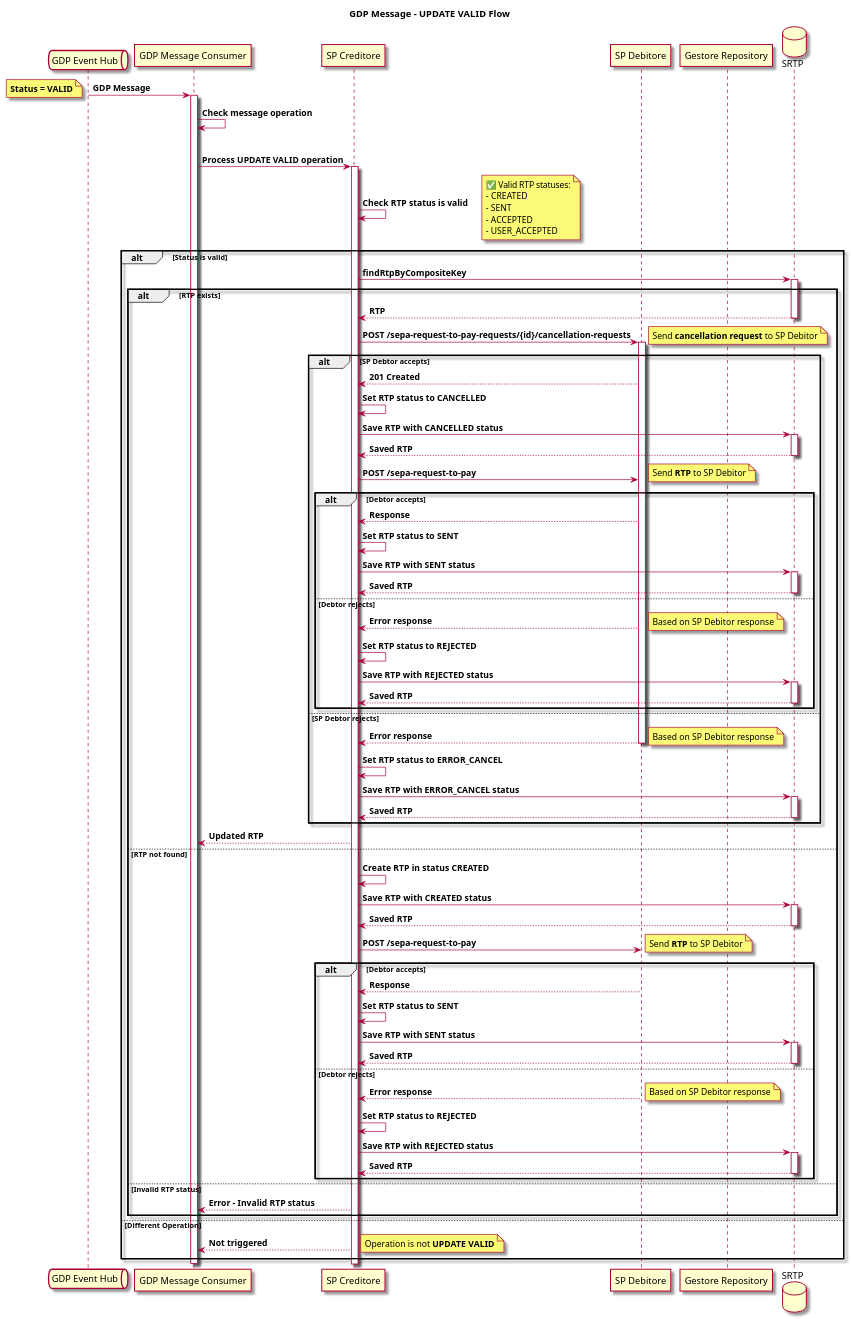
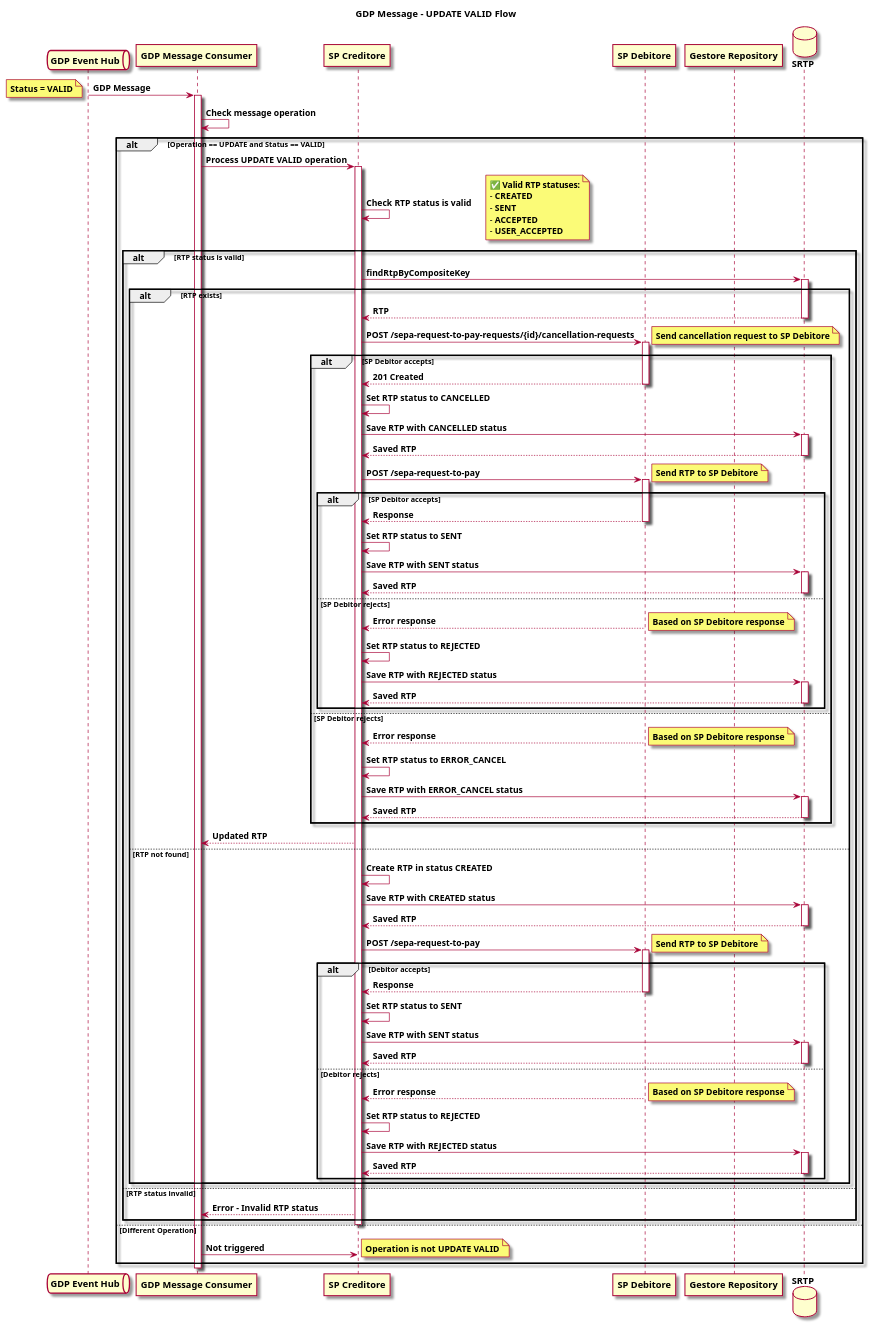
Before and after one commit to pagopa/rtp-docs: the diagram in diagrams/update-valid-queue-schema.puml, drawn with PlantUML.

Commit message:
refactor: [SRTP-829] standardize update valid puml

```diff
--- a/diagrams/update-valid-queue-schema.puml
+++ b/diagrams/update-valid-queue-schema.puml
@@ -1,136 +1,147 @@
 @startuml
 skin rose
-title GDP Message - **UPDATE VALID** Flow
+title **GDP Message – UPDATE VALID Flow**
 
-queue "GDP Event Hub" as Queue
-participant "GDP Message Consumer" as Consumer
-participant "SP Creditore" as SPC
-participant "SP Debitore" as SPD
-participant "Gestore Repository" as GR
-database "SRTP" as SRTP
+queue "**GDP Event Hub**" as Queue
+participant "**GDP Message Consumer**" as Consumer
+participant "**SP Creditore**" as SPC
+participant "**SP Debitore**" as SPD
+participant "**Gestore Repository**" as GR
+database "**SRTP**" as SRTP
 
 Queue -> Consumer: **GDP Message**
 note left: **Status = VALID**
 
 activate Consumer
 Consumer -> Consumer: **Check message operation**
-alt **Operation == UPDATE** and **Status == VALID**
+
+alt **Operation == UPDATE and Status == VALID**
   Consumer -> SPC: **Process UPDATE VALID operation**
   activate SPC
 
   SPC -> SPC: **Check RTP status is valid**
   note right
-    ✅ Valid RTP statuses:
-    - CREATED
-    - SENT
-    - ACCEPTED
-    - USER_ACCEPTED
+    **✅ Valid RTP statuses:**
+    - **CREATED**
+    - **SENT**
+    - **ACCEPTED**
+    - **USER_ACCEPTED**
   end note
 
-  alt **Status is valid**
-
+  alt **RTP status is valid**
     SPC -> SRTP: **findRtpByCompositeKey**
     activate SRTP
 
     alt **RTP exists**
       SRTP --> SPC: **RTP**
       deactivate SRTP
 
       SPC -> SPD: **POST /sepa-request-to-pay-requests/{id}/cancellation-requests**
-      note right: Send **cancellation request** to SP Debitor
+      note right: **Send cancellation request to SP Debitore**
       activate SPD
 
-      alt **SP Debtor accepts**
+      alt **SP Debitor accepts**
         SPD --> SPC: **201 Created**
+        deactivate SPD
 
         SPC -> SPC: **Set RTP status to CANCELLED**
 
         SPC -> SRTP: **Save RTP with CANCELLED status**
         activate SRTP
         SRTP --> SPC: **Saved RTP**
         deactivate SRTP
 
         SPC -> SPD: **POST /sepa-request-to-pay**
-        note right: Send **RTP** to SP Debitor
+        note right: **Send RTP to SP Debitore**
+        activate SPD
 
-        alt **Debtor accepts**
+        alt **SP Debitor accepts**
           SPD --> SPC: **Response**
+          deactivate SPD
 
           SPC -> SPC: **Set RTP status to SENT**
 
           SPC -> SRTP: **Save RTP with SENT status**
           activate SRTP
           SRTP --> SPC: **Saved RTP**
           deactivate SRTP
 
-        else **Debtor rejects**
+        else **SP Debitor rejects**
           SPD --> SPC: **Error response**
-          note right: Based on SP Debitor response
+          deactivate SPD
+          note right: **Based on SP Debitore response**
 
           SPC -> SPC: **Set RTP status to REJECTED**
 
           SPC -> SRTP: **Save RTP with REJECTED status**
           activate SRTP
           SRTP --> SPC: **Saved RTP**
           deactivate SRTP
         end
 
-      else **SP Debtor rejects**
+      else **SP Debitor rejects**
         SPD --> SPC: **Error response**
-        note right: Based on SP Debitor response
         deactivate SPD
+        note right: **Based on SP Debitore response**
 
         SPC -> SPC: **Set RTP status to ERROR_CANCEL**
 
         SPC -> SRTP: **Save RTP with ERROR_CANCEL status**
         activate SRTP
         SRTP --> SPC: **Saved RTP**
         deactivate SRTP
       end
 
       SPC --> Consumer: **Updated RTP**
 
     else **RTP not found**
+      deactivate SRTP
+
       SPC -> SPC: **Create RTP in status CREATED**
 
       SPC -> SRTP: **Save RTP with CREATED status**
       activate SRTP
       SRTP --> SPC: **Saved RTP**
       deactivate SRTP
 
       SPC -> SPD: **POST /sepa-request-to-pay**
-      note right: Send **RTP** to SP Debitor
+      note right: **Send RTP to SP Debitore**
+      activate SPD
 
-      alt **Debtor accepts**
+      alt **Debitor accepts**
         SPD --> SPC: **Response**
+        deactivate SPD
 
         SPC -> SPC: **Set RTP status to SENT**
 
         SPC -> SRTP: **Save RTP with SENT status**
         activate SRTP
         SRTP --> SPC: **Saved RTP**
         deactivate SRTP
 
-      else **Debtor rejects**
+      else **Debitor rejects**
         SPD --> SPC: **Error response**
-        note right: Based on SP Debitor response
+        deactivate SPD
+        note right: **Based on SP Debitore response**
 
         SPC -> SPC: **Set RTP status to REJECTED**
 
         SPC -> SRTP: **Save RTP with REJECTED status**
         activate SRTP
         SRTP --> SPC: **Saved RTP**
         deactivate SRTP
+      end
     end
 
-  else **Invalid RTP status**
+  else **RTP status invalid**
     SPC --> Consumer: **Error – Invalid RTP status**
   end
+  deactivate SPC
 
 else **Different Operation**
-  SPC --> Consumer: **Not triggered**
-  note right: Operation is not **UPDATE VALID**
+  Consumer -> SPC: **Not triggered**
+  note right: **Operation is not UPDATE VALID**
 end
 
 deactivate Consumer
 @enduml
```
